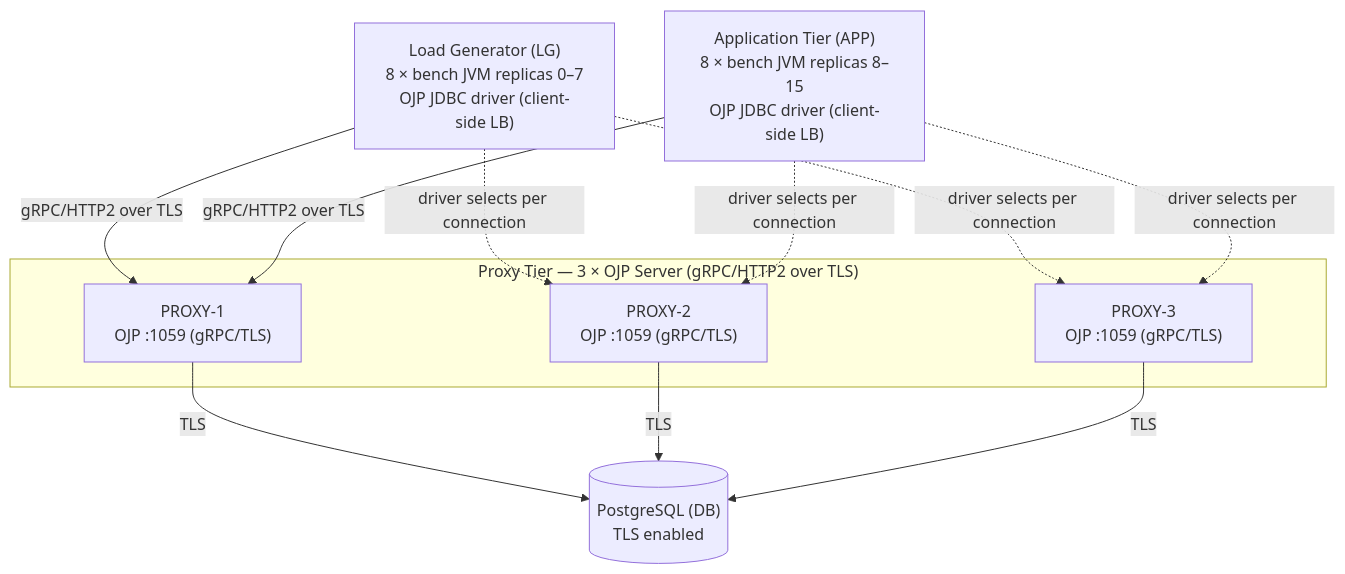
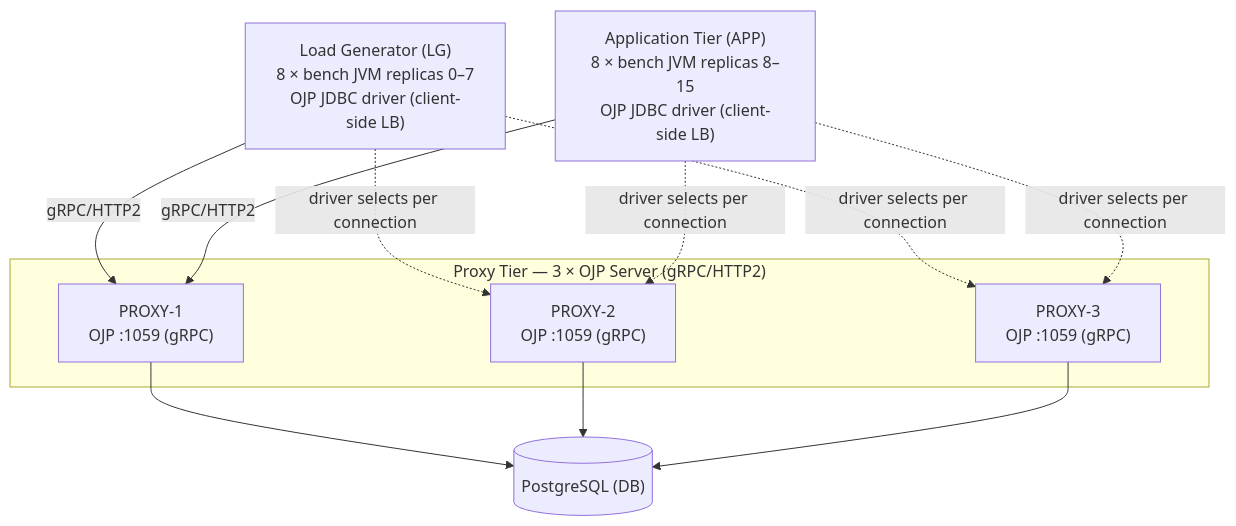
One commit to rrobetti/stressar changed the second of 3 diagrams in docs/BENCHMARKING_GUIDE.md. Above: the diagram before and after it, drawn with Mermaid. The commit also changed other lines of this file and 5 other files, not shown here.

````diff
--- a/docs/BENCHMARKING_GUIDE.md
+++ b/docs/BENCHMARKING_GUIDE.md
@@ -97,23 +102,23 @@
 ```mermaid
 graph TD
     LG["Load Generator (LG)\n8 × bench JVM replicas 0–7\nOJP JDBC driver (client-side LB)"]
     APP["Application Tier (APP)\n8 × bench JVM replicas 8–15\nOJP JDBC driver (client-side LB)"]
 
-    subgraph PROXY_TIER ["Proxy Tier — 3 × OJP Server (gRPC/HTTP2 over TLS)"]
-        P1["PROXY-1\nOJP :1059 (gRPC/TLS)"]
-        P2["PROXY-2\nOJP :1059 (gRPC/TLS)"]
-        P3["PROXY-3\nOJP :1059 (gRPC/TLS)"]
+    subgraph PROXY_TIER ["Proxy Tier — 3 × OJP Server (gRPC/HTTP2)"]
+        P1["PROXY-1\nOJP :1059 (gRPC)"]
+        P2["PROXY-2\nOJP :1059 (gRPC)"]
+        P3["PROXY-3\nOJP :1059 (gRPC)"]
     end
 
-    DB[("PostgreSQL (DB)\nTLS enabled")]
+    DB[("PostgreSQL (DB)")]
 
-    LG -- "gRPC/HTTP2 over TLS" --> P1
+    LG -- "gRPC/HTTP2" --> P1
     LG -. "driver selects per connection" .-> P2
     LG -. "driver selects per connection" .-> P3
-    APP -- "gRPC/HTTP2 over TLS" --> P1
+    APP -- "gRPC/HTTP2" --> P1
     APP -. "driver selects per connection" .-> P2
     APP -. "driver selects per connection" .-> P3
-    P1 -- "TLS" --> DB
-    P2 -- "TLS" --> DB
-    P3 -- "TLS" --> DB
+    P1 --> DB
+    P2 --> DB
+    P3 --> DB
 ```
````
